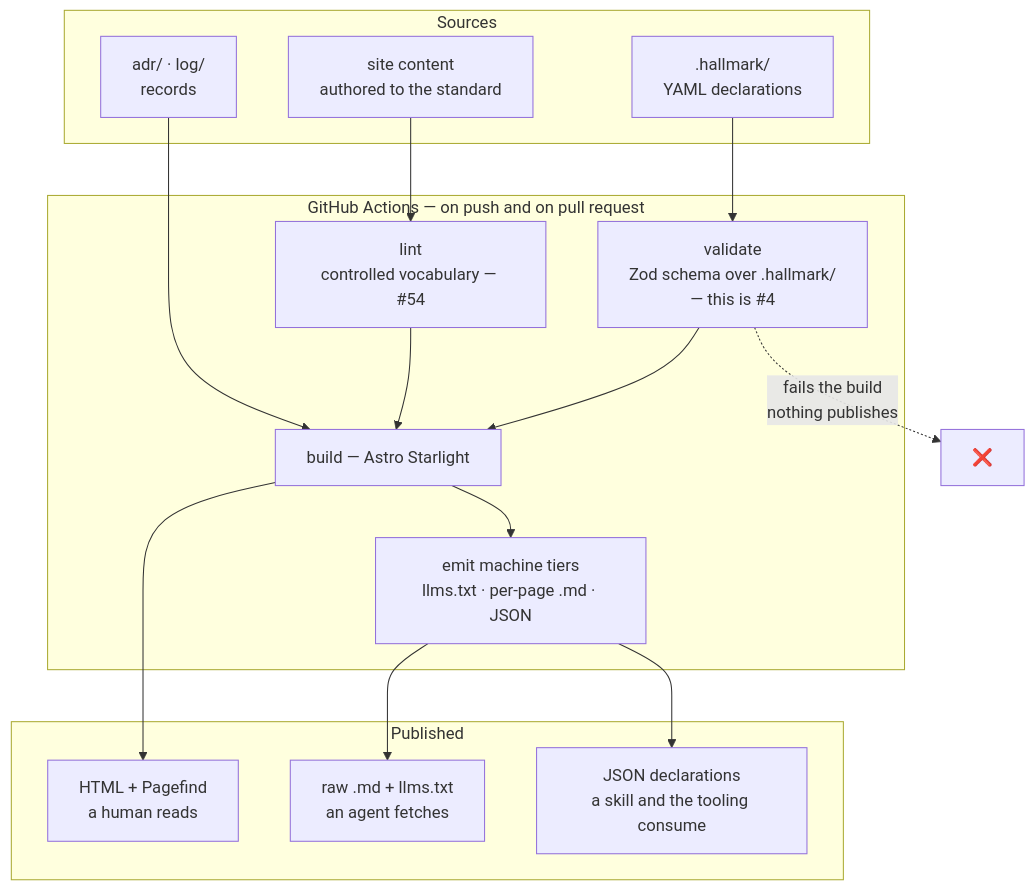
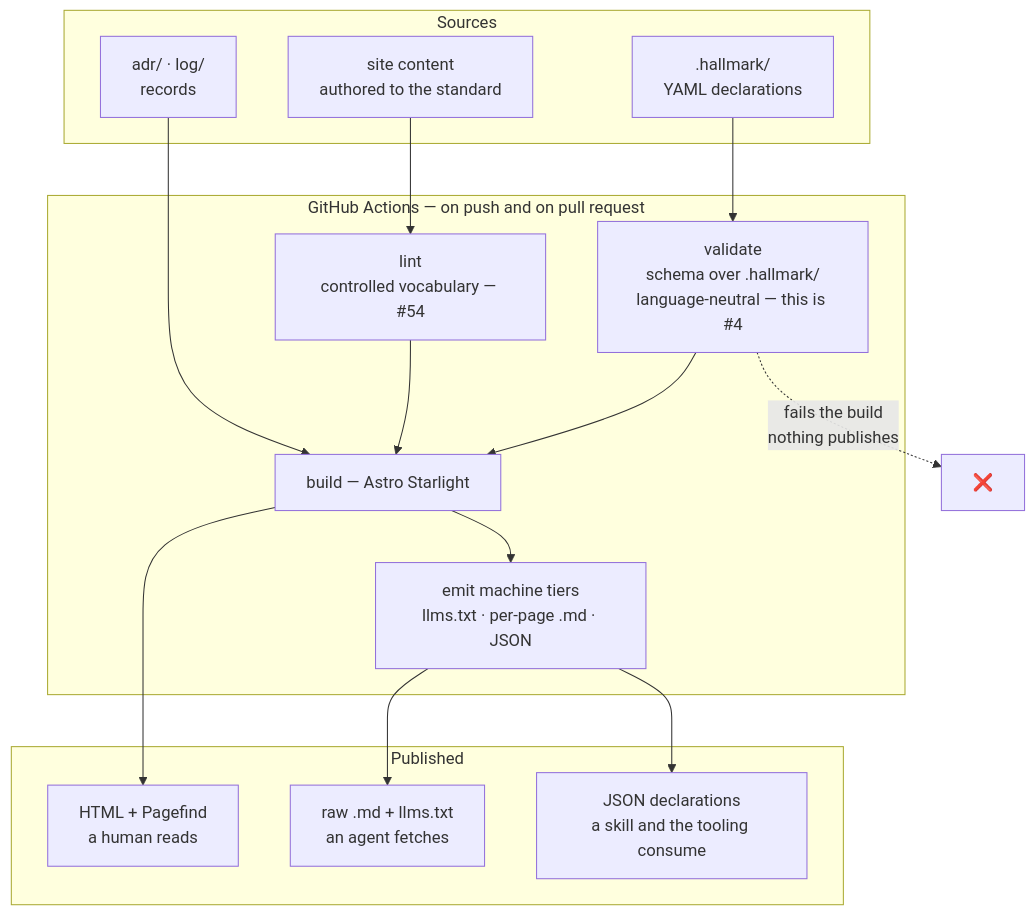
Before and after one commit to Kieranties/hallmark: the second of 3 diagrams in research/docs-site-comparison.md, drawn with Mermaid. The commit also changed other lines of this file and 2 other files, not shown here.

First line of the commit message:
Declare the technical-writer discipline, and withdraw the schema argument

````diff
--- a/research/docs-site-comparison.md
+++ b/research/docs-site-comparison.md
@@ -318,30 +356,30 @@
 ```mermaid
 flowchart TB
     subgraph src["Sources"]
         H[".hallmark/<br/>YAML declarations"]
         C["site content<br/>authored to the standard"]
         A["adr/ · log/<br/>records"]
     end
 
     subgraph ci["GitHub Actions — on push and on pull request"]
-        V["validate<br/>Zod schema over .hallmark/<br/>— this is #4"]
+        V["validate<br/>schema over .hallmark/<br/>language-neutral — this is #4"]
         L["lint<br/>controlled vocabulary — #54"]
         B["build — Astro Starlight"]
         E["emit machine tiers<br/>llms.txt · per-page .md · JSON"]
     end
 
     subgraph out["Published"]
         HT["HTML + Pagefind<br/>a human reads"]
         MD["raw .md + llms.txt<br/>an agent fetches"]
         JS["JSON declarations<br/>a skill and the tooling consume"]
     end
 
     H --> V --> B
     C --> L --> B
     A --> B
     B --> HT
     B --> E --> MD
     E --> JS
 
     V -. "fails the build<br/>nothing publishes" .-> X["❌"]
 ```
````
